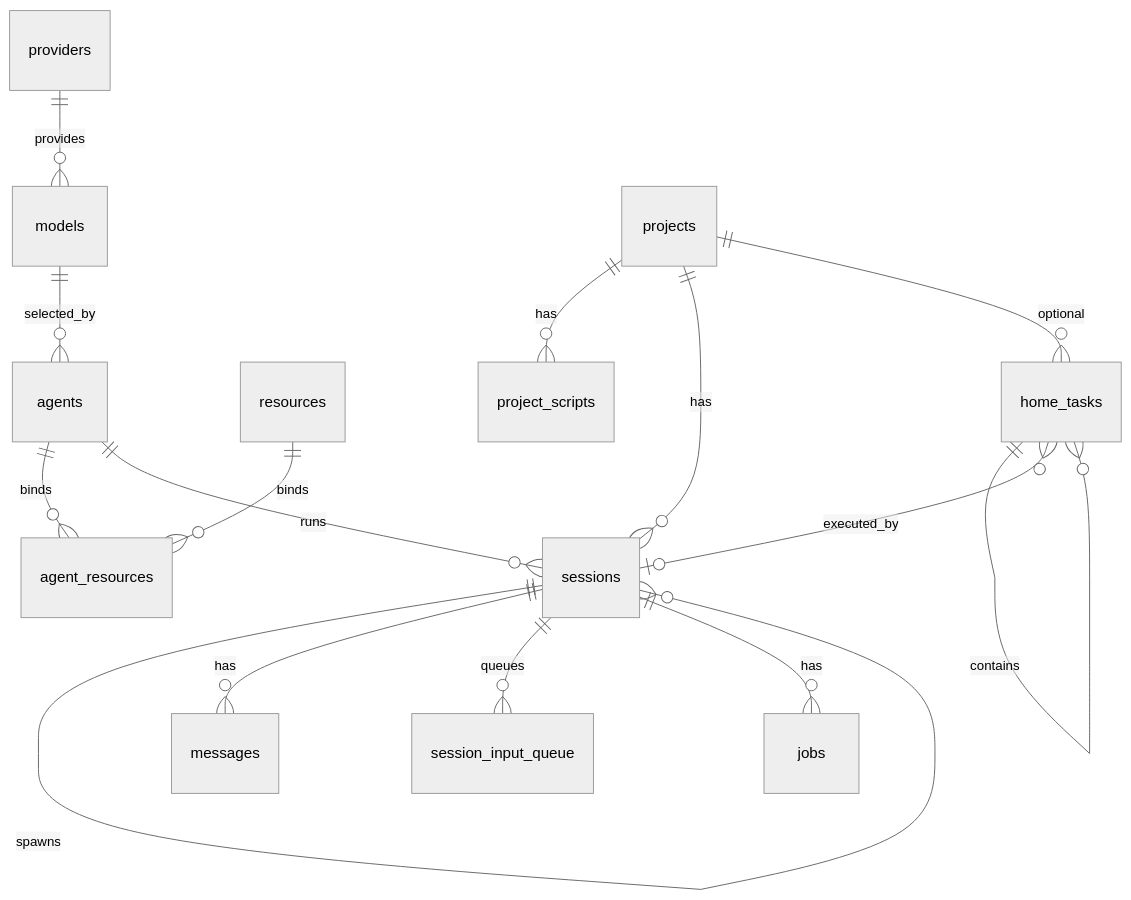
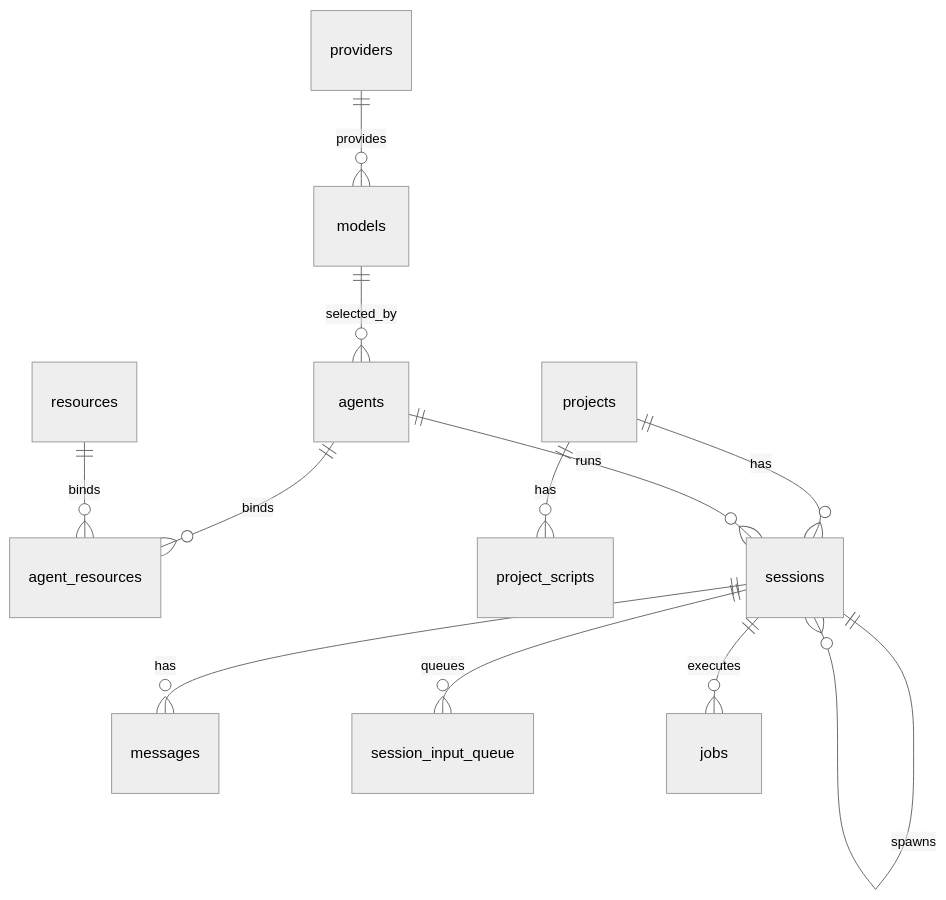
The diagram in docs/supervisor/schema-reference.md (fgsreally/supervisor), drawn with Mermaid (neutral theme) before and after one commit. The commit also changed other lines of this file and 109 other files, not shown here.

````diff
--- a/docs/supervisor/schema-reference.md
+++ b/docs/supervisor/schema-reference.md
@@ -312,17 +169,14 @@
 ```mermaid
 erDiagram
   providers ||--o{ models : provides
   models ||--o{ agents : selected_by
   agents ||--o{ agent_resources : binds
   resources ||--o{ agent_resources : binds
   projects ||--o{ project_scripts : has
   projects ||--o{ sessions : has
-  projects ||--o{ home_tasks : optional
   agents ||--o{ sessions : runs
   sessions ||--o{ sessions : spawns
   sessions ||--o{ messages : has
   sessions ||--o{ session_input_queue : queues
-  sessions ||--o{ jobs : has
-  home_tasks ||--o{ home_tasks : contains
-  home_tasks }o--o| sessions : executed_by
+  sessions ||--o{ jobs : executes
 ```
````
